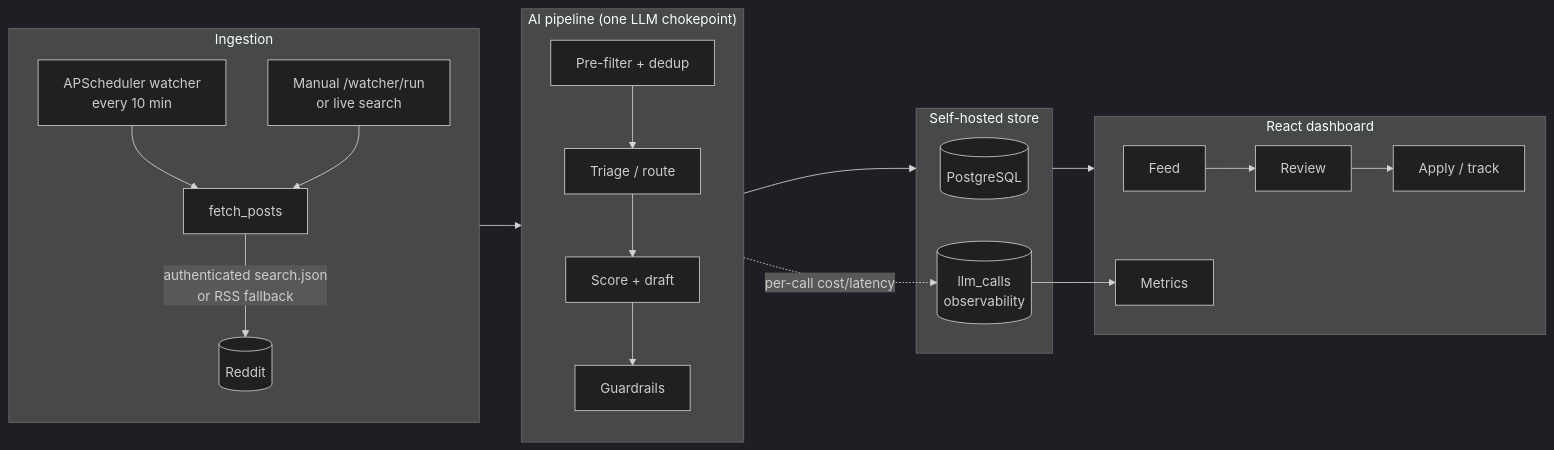
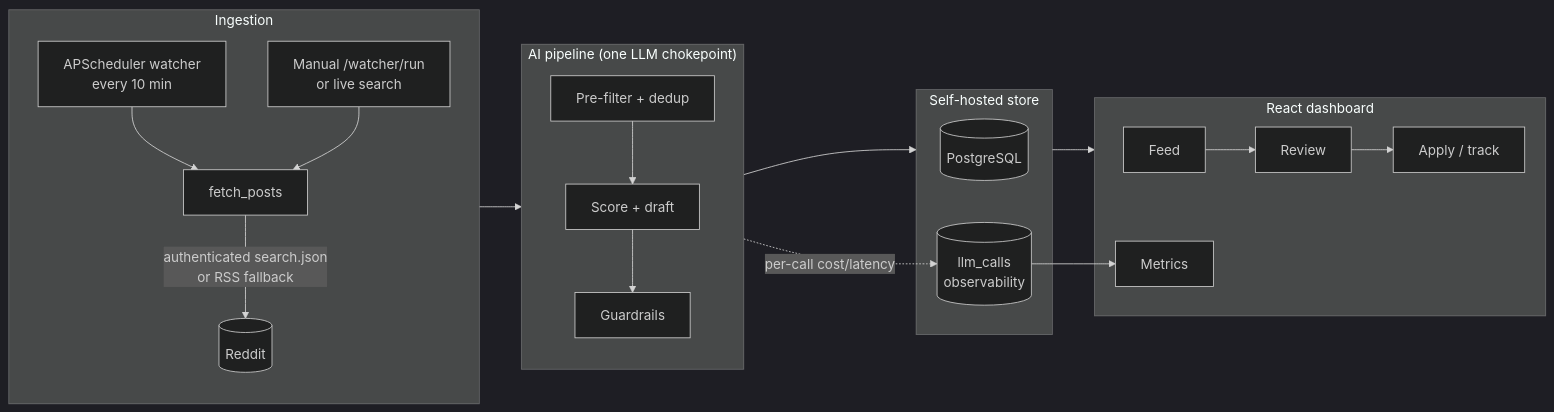
One commit to AishwaryaDV/reddit-outreach changed the first of 7 diagrams in docs/PIPELINE_FLOW.md. Above: the diagram before and after it, drawn with Mermaid (dark theme). The commit also changed other lines of this file, not shown here.

Commit message:
docs: update pipeline flow for single-backend / bring-your-own-key

````diff
--- a/docs/PIPELINE_FLOW.md
+++ b/docs/PIPELINE_FLOW.md
@@ -16,29 +16,28 @@
 ```mermaid
 flowchart LR
     subgraph Ingest["Ingestion"]
         W[APScheduler watcher<br/>every 10 min] --> F[fetch_posts]
         M[Manual /watcher/run<br/>or live search] --> F
         F -->|authenticated search.json<br/>or RSS fallback| R[(Reddit)]
     end
 
     subgraph Brain["AI pipeline (one LLM chokepoint)"]
-        PF[Pre-filter + dedup] --> TR[Triage / route]
-        TR --> SC[Score + draft]
+        PF[Pre-filter + dedup] --> SC[Score + draft]
         SC --> GR[Guardrails]
     end
 
     subgraph Store["Self-hosted store"]
         DB[(PostgreSQL)]
         OBS[(llm_calls<br/>observability)]
     end
 
     subgraph UI["React dashboard"]
         FEED[Feed] --> REV[Review] --> APP[Apply / track]
         MET[Metrics]
     end
 
     Ingest --> Brain --> Store
     Store --> UI
     Brain -. per-call cost/latency .-> OBS
     OBS --> MET
 ```
````
